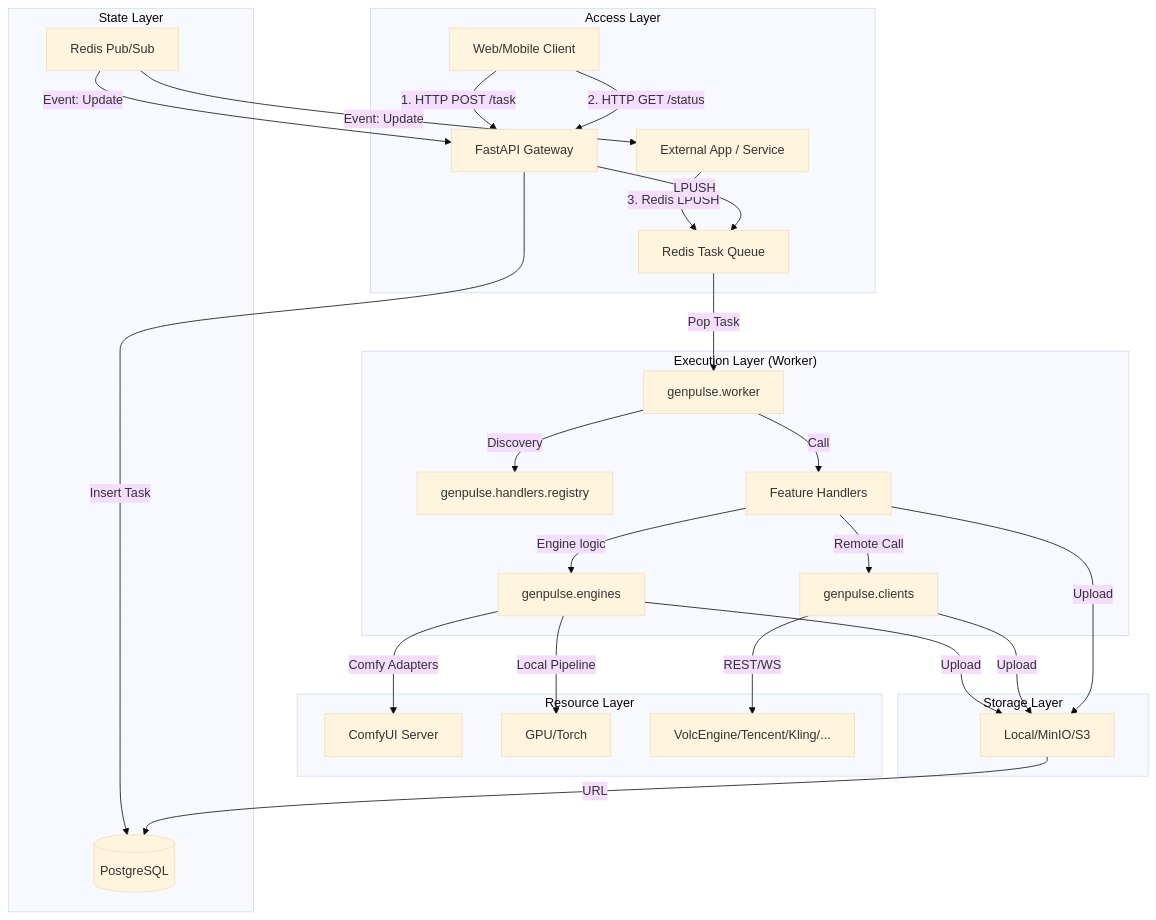
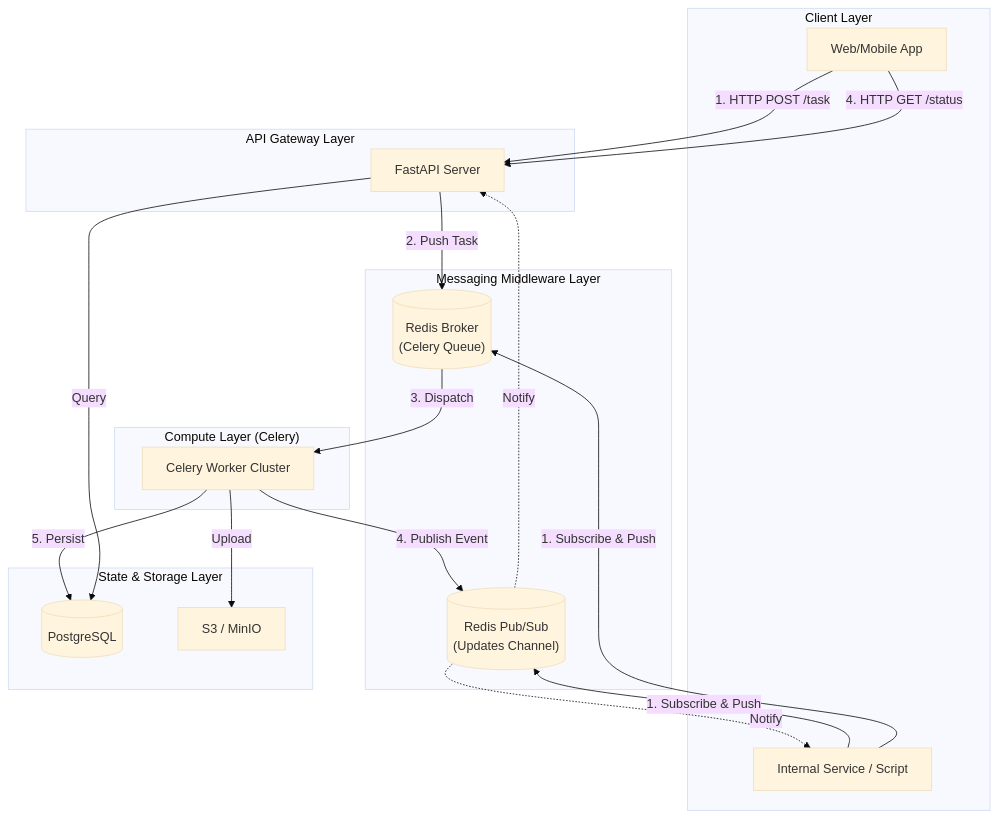
One commit to isWangjianhua/GenPulse changed the diagram in docs/architecture_design.md. Above: the diagram before and after it, drawn with Mermaid (base theme). The commit also changed other lines of this file and 4 other files, not shown here.

Commit message:
docs: Add comprehensive architecture, development, and roadmap documentation, and update README to detail dual-mode ingestion and Celery-based orchestration.

````diff
--- a/docs/architecture_design.md
+++ b/docs/architecture_design.md
@@ -16,36 +16,34 @@
 ```mermaid
 graph TD
-    subgraph "Access Layer"
-        WebClient[Web/Mobile Client] -->|1. HTTP POST /task| API[FastAPI Gateway]
-        WebClient -->|2. HTTP GET /status| API
-        ExternalApp[External App / Service] -->|3. Redis LPUSH| RedisQueue[Redis Task Queue]
+    subgraph "Client Layer"
+        ClientWeb[Web/Mobile App] 
+        ClientRPC[Internal Service / Script]
     end
 
-    subgraph "State Layer"
-        API -->|Insert Task| DB[(PostgreSQL)]
-        API -->|LPUSH| RedisQueue
-        
-        RedisPubSub[Redis Pub/Sub] -->|Event: Update| API
-        RedisPubSub -->|Event: Update| ExternalApp
+    subgraph "API Gateway Layer"
+        ClientWeb -->|1. HTTP POST /task| API[FastAPI Server]
+        ClientWeb -->|4. HTTP GET /status| API
     end
 
-    subgraph "Execution Layer (Worker)"
-        RedisQueue -->|Pop Task| Worker[genpulse.worker]
-        Worker -->|Discovery| Registry[genpulse.handlers.registry]
-        Worker -->|Call| Handler[Feature Handlers]
+    subgraph "Messaging Middleware Layer"
+        RedisBroker[("Redis Broker\n(Celery Queue)")]
+        RedisPubSub[("Redis Pub/Sub\n(Updates Channel)")]
         
-        Handler -->|Engine logic| Engines[genpulse.engines]
-        Handler -->|Remote Call| Clients[genpulse.clients]
+        API -->|2. Push Task| RedisBroker
+        ClientRPC -->|1. Subscribe & Push| RedisPubSub & RedisBroker
     end
 
-    subgraph "Resource Layer"
-        Engines -->|Comfy Adapters| ComfyInstance[ComfyUI Server]
-        Engines -->|Local Pipeline| GPUNode[GPU/Torch]
-        Clients -->|REST/WS| CloudProviders[VolcEngine/Tencent/Kling/...]
+    subgraph "Compute Layer (Celery)"
+        RedisBroker -->|3. Dispatch| Worker[Celery Worker Cluster]
+        Worker -->|4. Publish Event| RedisPubSub
     end
 
-    subgraph "Storage Layer"
-        Engines & Clients & Handler -->|Upload| OSS[Local/MinIO/S3]
-        OSS -->|URL| DB
+    subgraph "State & Storage Layer"
+        Worker -->|5. Persist| DB[(PostgreSQL)]
+        Worker -->|Upload| OSS[S3 / MinIO]
+        
+        RedisPubSub -.->|Notify| API
+        RedisPubSub -.->|Notify| ClientRPC
+        API -->|Query| DB
     end
 ```
````
